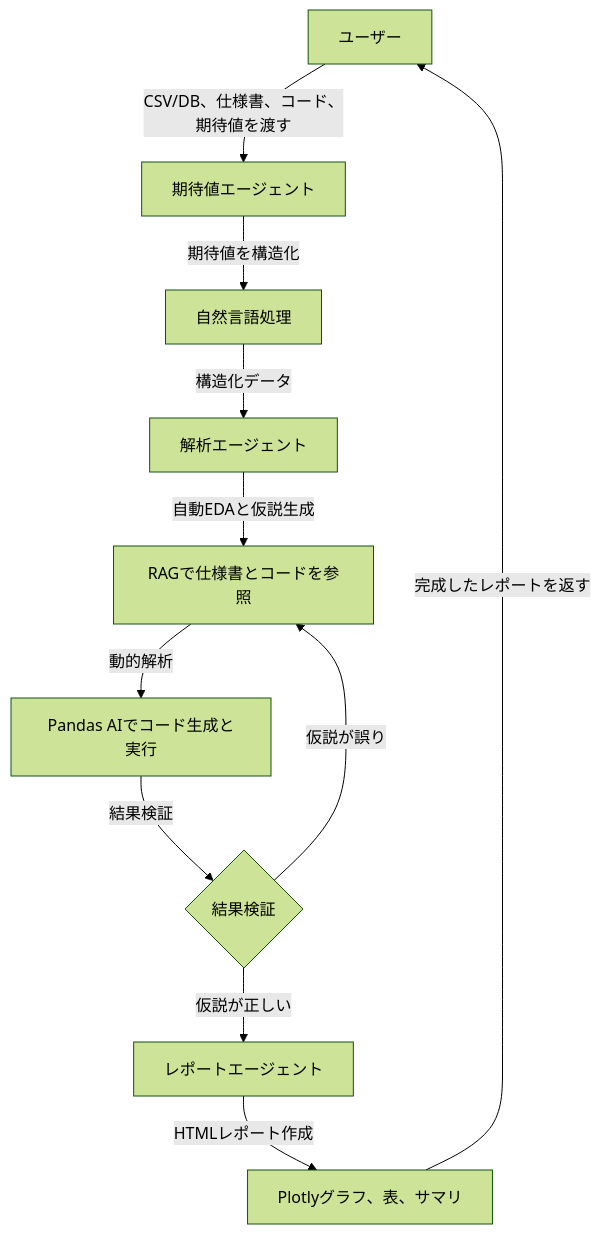
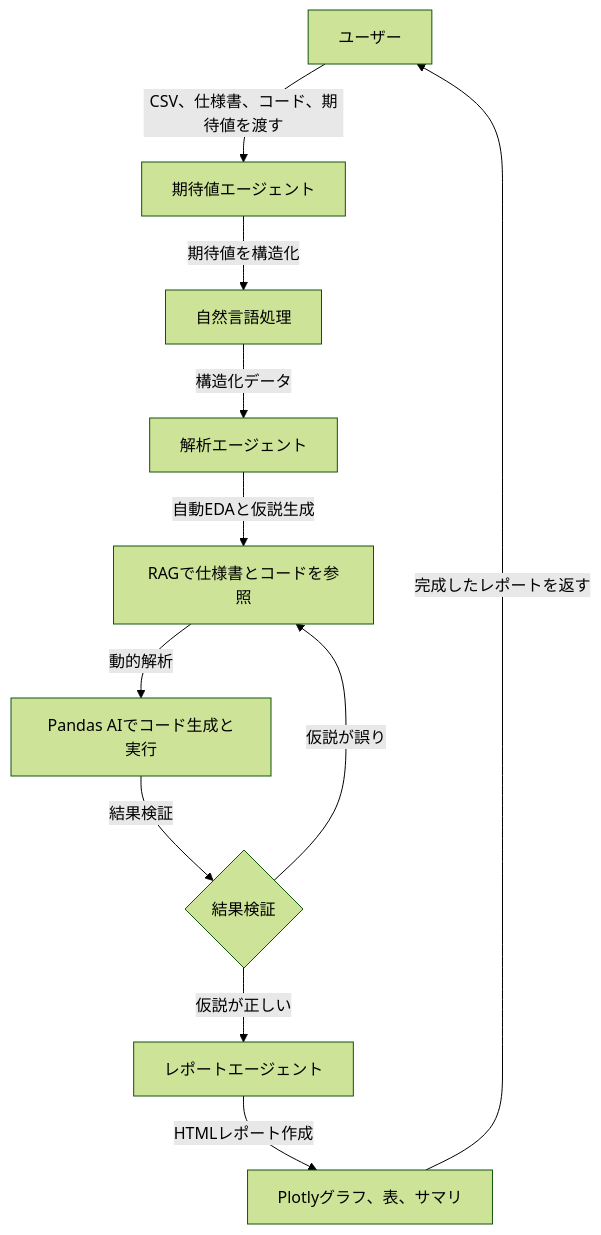
The diagram in projects/詳細設計資料/AI分析エンジン/個別データ分析エージェント仕様.md (abekoki/Improve_algorithm_development), drawn with Mermaid (forest theme) before and after one commit. The commit also changed other lines of this file and 2 other files, not shown here.

````diff
--- a/projects/詳細設計資料/AI分析エンジン/個別データ分析エージェント仕様.md
+++ b/projects/詳細設計資料/AI分析エンジン/個別データ分析エージェント仕様.md
@@ -55,13 +53,13 @@
 ```mermaid
 graph TD
-    A[ユーザー] -->|CSV/DB、仕様書、コード、期待値を渡す| B[期待値エージェント]
+    A[ユーザー] -->|CSV、仕様書、コード、期待値を渡す| B[期待値エージェント]
     B -->|期待値を構造化| C[自然言語処理]
     C -->|構造化データ| D[解析エージェント]
     D -->|自動EDAと仮説生成| E[RAGで仕様書とコードを参照]
     E -->|動的解析| F[Pandas AIでコード生成と実行]
     F -->|結果検証| G{結果検証}
     G -->|仮説が正しい| H[レポートエージェント]
     G -->|仮説が誤り| E
     H -->|HTMLレポート作成| I[Plotlyグラフ、表、サマリ]
     I -->|完成したレポートを返す| A[ユーザー]
 ```
````
